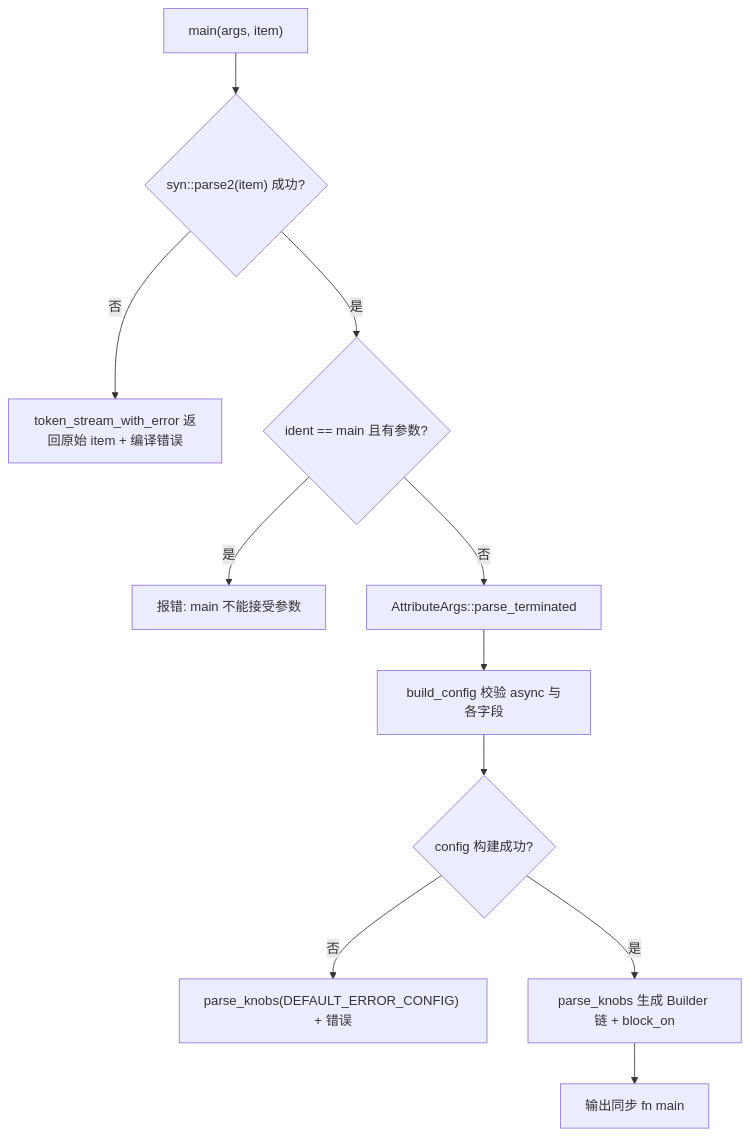
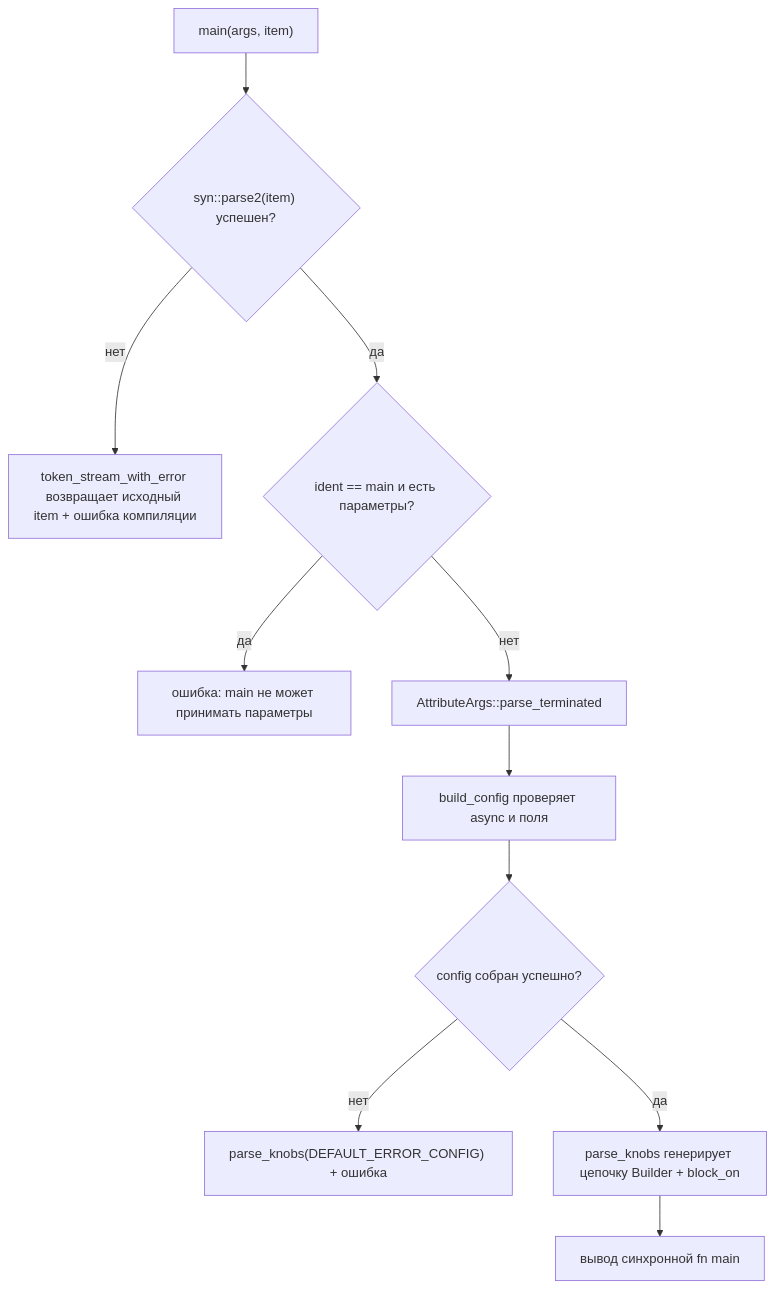
The first of 3 diagrams in books/tokio/ru/09-cooperative-budget-scheduler.md (maleRjc/AiReadCodeBooks), drawn with Mermaid before and after one commit. The commit also changed other lines of this file and 74 other files, not shown here.

````diff
--- a/books/tokio/ru/09-cooperative-budget-scheduler.md
+++ b/books/tokio/ru/09-cooperative-budget-scheduler.md
@@ -31,13 +31,13 @@
 ```mermaid
 flowchart TD
-    entry["main(args, item)"] --> parse_item{"syn::parse2(item) 成功?"}
-    parse_item -->|否| err_ret["token_stream_with_error 返回原始 item + 编译错误"]
-    parse_item -->|是| check_main{"ident == main 且有参数?"}
-    check_main -->|是| err_args["报错: main 不能接受参数"]
-    check_main -->|否| parse_args["AttributeArgs::parse_terminated"]
-    parse_args --> build_cfg["build_config 校验 async 与各字段"]
-    build_cfg --> cfg_ok{"config 构建成功?"}
-    cfg_ok -->|否| fallback["parse_knobs(DEFAULT_ERROR_CONFIG) + 错误"]
-    cfg_ok -->|是| knobs["parse_knobs 生成 Builder 链 + block_on"]
-    knobs --> out["输出同步 fn main"]
+    entry["main(args, item)"] --> parse_item{"syn::parse2(item) успешен?"}
+    parse_item -->|нет| err_ret["token_stream_with_error возвращает исходный item + ошибка компиляции"]
+    parse_item -->|да| check_main{"ident == main и есть параметры?"}
+    check_main -->|да| err_args["ошибка: main не может принимать параметры"]
+    check_main -->|нет| parse_args["AttributeArgs::parse_terminated"]
+    parse_args --> build_cfg["build_config проверяет async и поля"]
+    build_cfg --> cfg_ok{"config собран успешно?"}
+    cfg_ok -->|нет| fallback["parse_knobs(DEFAULT_ERROR_CONFIG) + ошибка"]
+    cfg_ok -->|да| knobs["parse_knobs генерирует цепочку Builder + block_on"]
+    knobs --> out["вывод синхронной fn main"]
 ```
````
